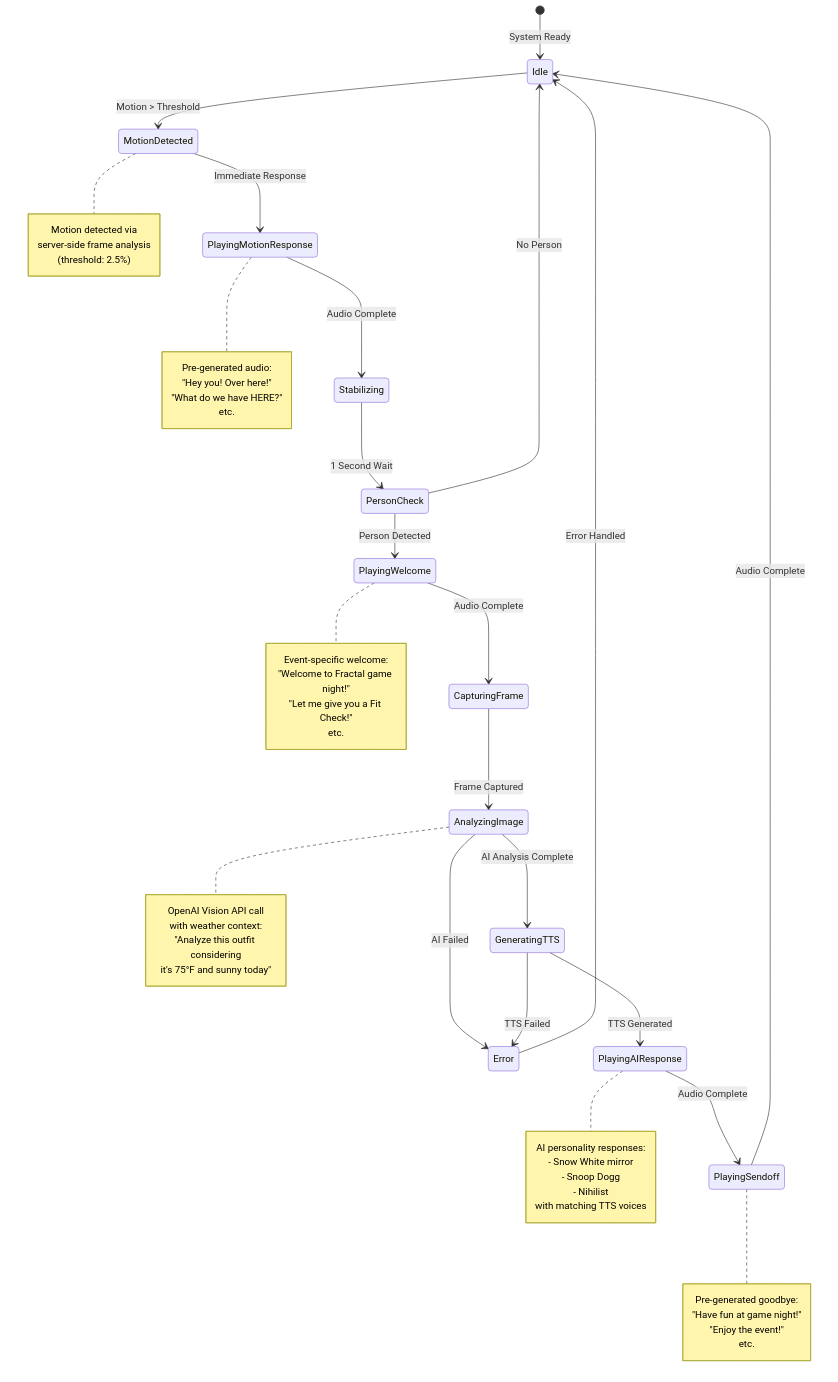
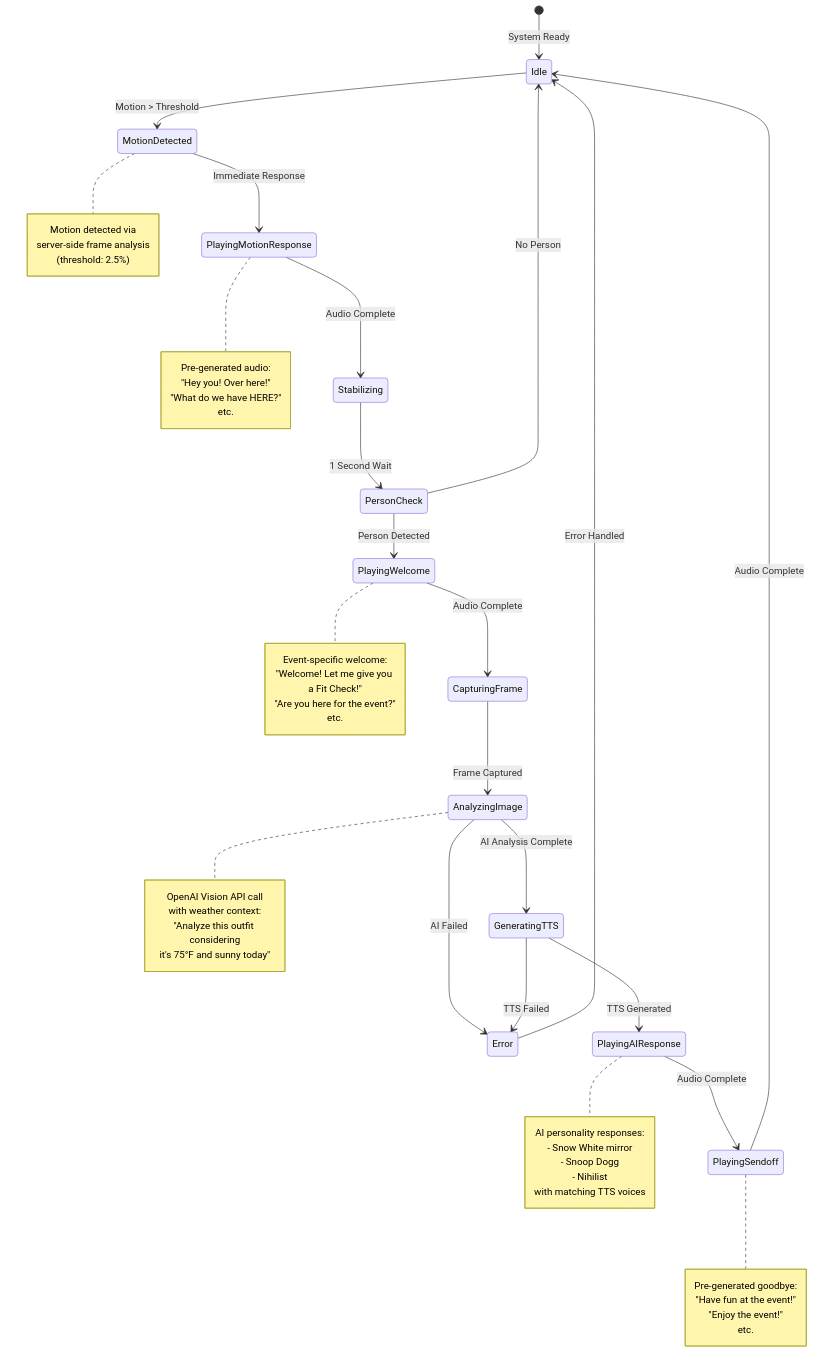
Before and after one commit to bbeaudet-dev/smart-mirror: the diagram in docs/mermaid/motion-detection-flow.md, drawn with Mermaid. The commit also changed 5 other files, not shown here.

````diff
--- a/docs/mermaid/motion-detection-flow.md
+++ b/docs/mermaid/motion-detection-flow.md
@@ -3,69 +3,69 @@
 ```mermaid
 stateDiagram-v2
     [*] --> Idle: System Ready
 
     Idle --> MotionDetected: Motion > Threshold
     MotionDetected --> PlayingMotionResponse: Immediate Response
 
     PlayingMotionResponse --> Stabilizing: Audio Complete
     Stabilizing --> PersonCheck: 1 Second Wait
 
     PersonCheck --> PlayingWelcome: Person Detected
     PersonCheck --> Idle: No Person
 
     PlayingWelcome --> CapturingFrame: Audio Complete
     CapturingFrame --> AnalyzingImage: Frame Captured
 
     AnalyzingImage --> GeneratingTTS: AI Analysis Complete
     AnalyzingImage --> Error: AI Failed
 
     GeneratingTTS --> PlayingAIResponse: TTS Generated
     GeneratingTTS --> Error: TTS Failed
 
     PlayingAIResponse --> PlayingSendoff: Audio Complete
     PlayingSendoff --> Idle: Audio Complete
 
     Error --> Idle: Error Handled
 
     note right of MotionDetected
         Motion detected via
         server-side frame analysis
         (threshold: 2.5%)
     end note
 
     note right of PlayingMotionResponse
         Pre-generated audio:
         "Hey you! Over here!"
         "What do we have HERE?"
         etc.
     end note
 
     note right of PlayingWelcome
         Event-specific welcome:
-        "Welcome to Fractal game night!"
-        "Let me give you a Fit Check!"
+        "Welcome! Let me give you a Fit Check!"
+        "Are you here for the event?"
         etc.
     end note
 
     note right of AnalyzingImage
         OpenAI Vision API call
         with weather context:
         "Analyze this outfit considering
         it's 75°F and sunny today"
     end note
 
     note right of PlayingAIResponse
         AI personality responses:
         - Snow White mirror
         - Snoop Dogg
         - Nihilist
         with matching TTS voices
     end note
 
     note right of PlayingSendoff
         Pre-generated goodbye:
-        "Have fun at game night!"
+        "Have fun at the event!"
         "Enjoy the event!"
         etc.
     end note
 ```
````
